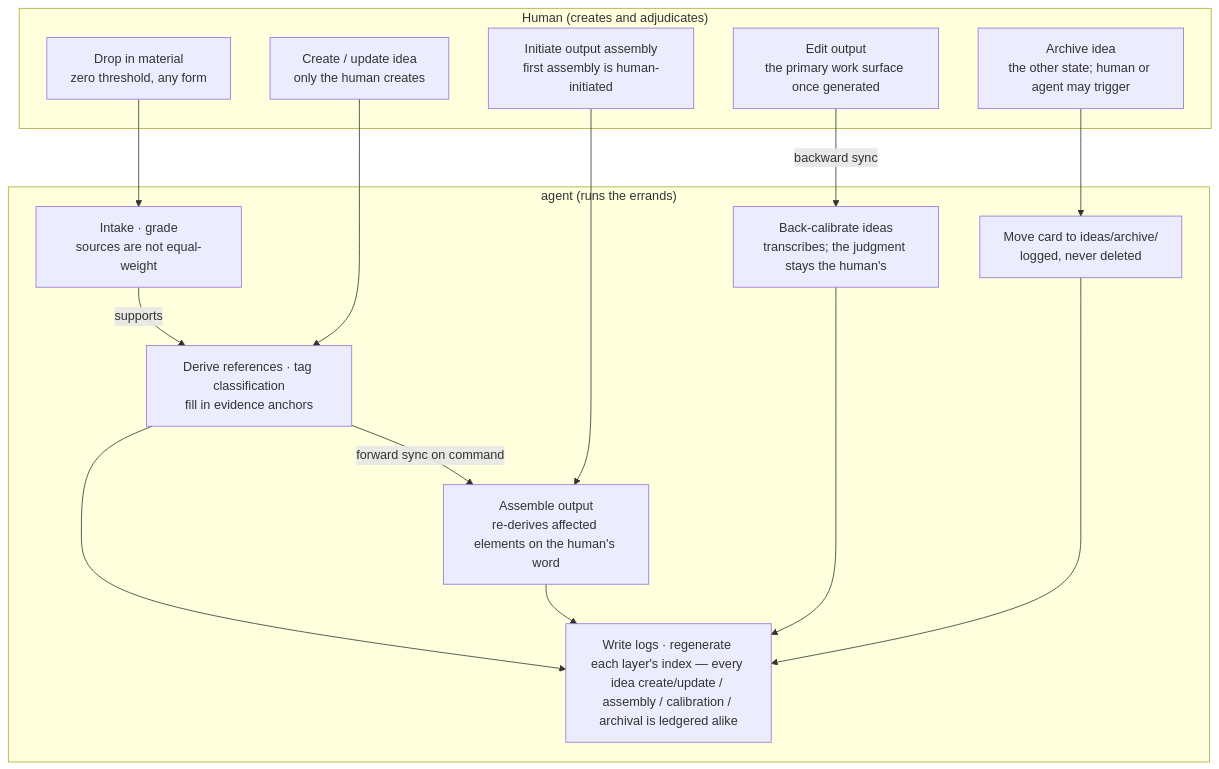
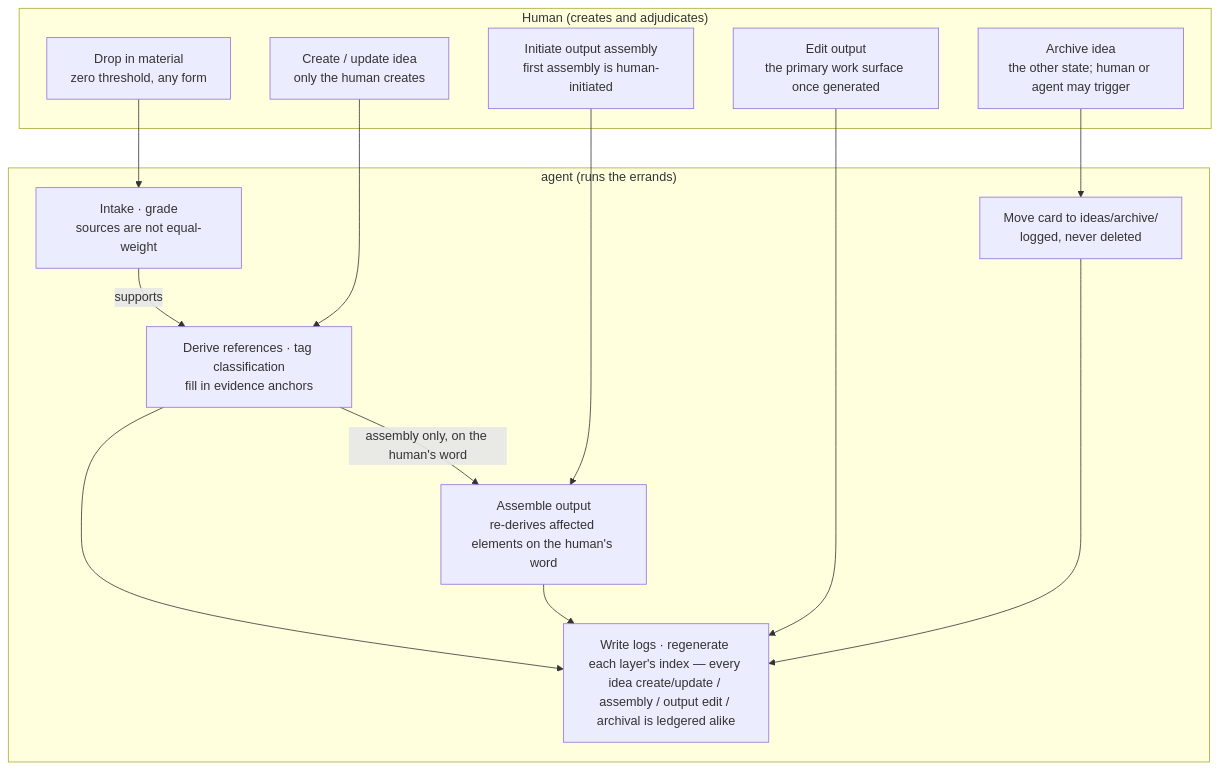
One commit to tigerless-labs/research-decision-support changed the first of 2 diagrams in docs/design-harness/output/system.md. Above: the diagram before and after it, drawn with Mermaid. The commit also changed other lines of this file and 18 other files, not shown here.

First line of the commit message:
Decouple ideas and output: no sync either way, one far-behind reminder

````diff
--- a/docs/design-harness/output/system.md
+++ b/docs/design-harness/output/system.md
@@ -5,40 +5,37 @@
 ```mermaid
 flowchart TB
   subgraph HT["Human (creates and adjudicates)"]
     M["Drop in material<br/>zero threshold, any form"]
     A["Create / update idea<br/>only the human creates"]
     O["Initiate output assembly<br/>first assembly is human-initiated"]
     P["Edit output<br/>the primary work surface once generated"]
     R["Archive idea<br/>the other state; human or agent may trigger"]
   end
   subgraph GT["agent (runs the errands)"]
     B["Intake · grade<br/>sources are not equal-weight"]
     C["Derive references · tag classification<br/>fill in evidence anchors"]
     E["Assemble output<br/>re-derives affected elements on the human's word"]
-    K["Back-calibrate ideas<br/>transcribes; the judgment stays the human's"]
     V["Move card to ideas/archive/<br/>logged, never deleted"]
-    L["Write logs · regenerate each layer's index — every idea create/update / assembly / calibration / archival is ledgered alike"]
+    L["Write logs · regenerate each layer's index — every idea create/update / assembly / output edit / archival is ledgered alike"]
   end
   M --> B
   A --> C
   O --> E
-  P -- "backward sync" --> K
+  P --> L
   R --> V
   B -- "supports" --> C
-  C -- "forward sync on command" --> E
+  C -- "assembly only, on the human's word" --> E
   C --> L
   E --> L
-  K --> L
   V --> L
   click M "modules/source.md"
   click B "modules/source.md"
   click A "modules/idea.md"
   click C "modules/idea.md"
   click R "modules/idea.md"
   click V "modules/idea.md"
-  click K "modules/idea.md"
   click O "modules/output.md"
   click P "modules/output.md"
   click E "modules/output.md"
   click L "modules/protocol.md"
 ```
````
